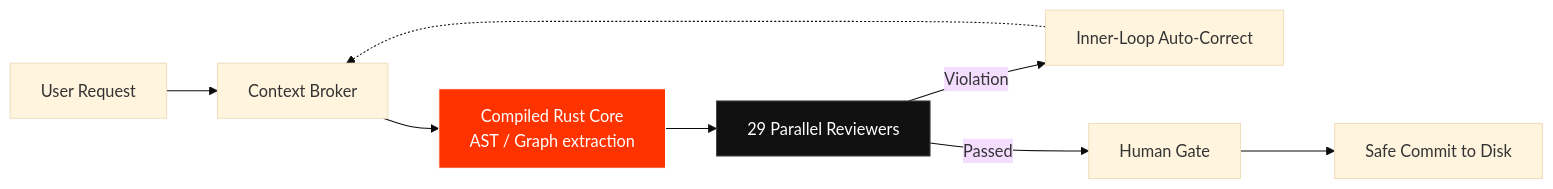
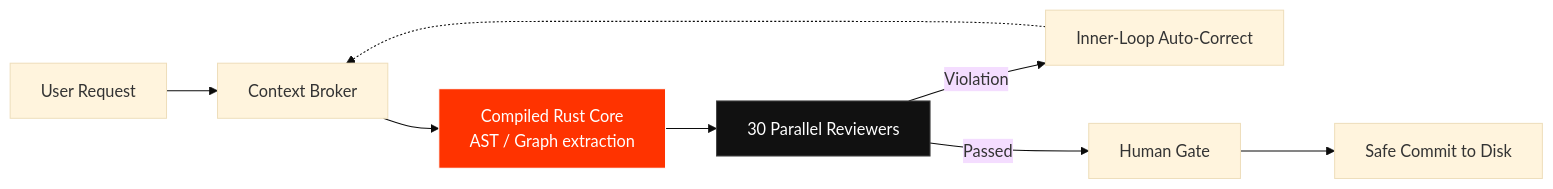
One commit to Harmitx7/tribunal-kit changed the diagram in README.md. Above: the diagram before and after it, drawn with Mermaid (base theme). The commit also changed other lines of this file and 148 other files, not shown here.

````diff
--- a/README.md
+++ b/README.md
@@ -72,13 +72,13 @@
 ```mermaid
 graph LR
     A[User Request] --> B[Context Broker]
     B --> C[Compiled Rust Core<br/>AST / Graph extraction]
-    C --> D[29 Parallel Reviewers]
+    C --> D[30 Parallel Reviewers]
     D -->|Violation| E[Inner-Loop Auto-Correct]
     E -.-> B
     D -->|Passed| F[Human Gate]
     F --> G[Safe Commit to Disk]
 
     style C fill:#ff3300,stroke:#fff,stroke-width:1px,color:#fff
     style D fill:#111,stroke:#444,stroke-width:1px,color:#fff
 ```
````
